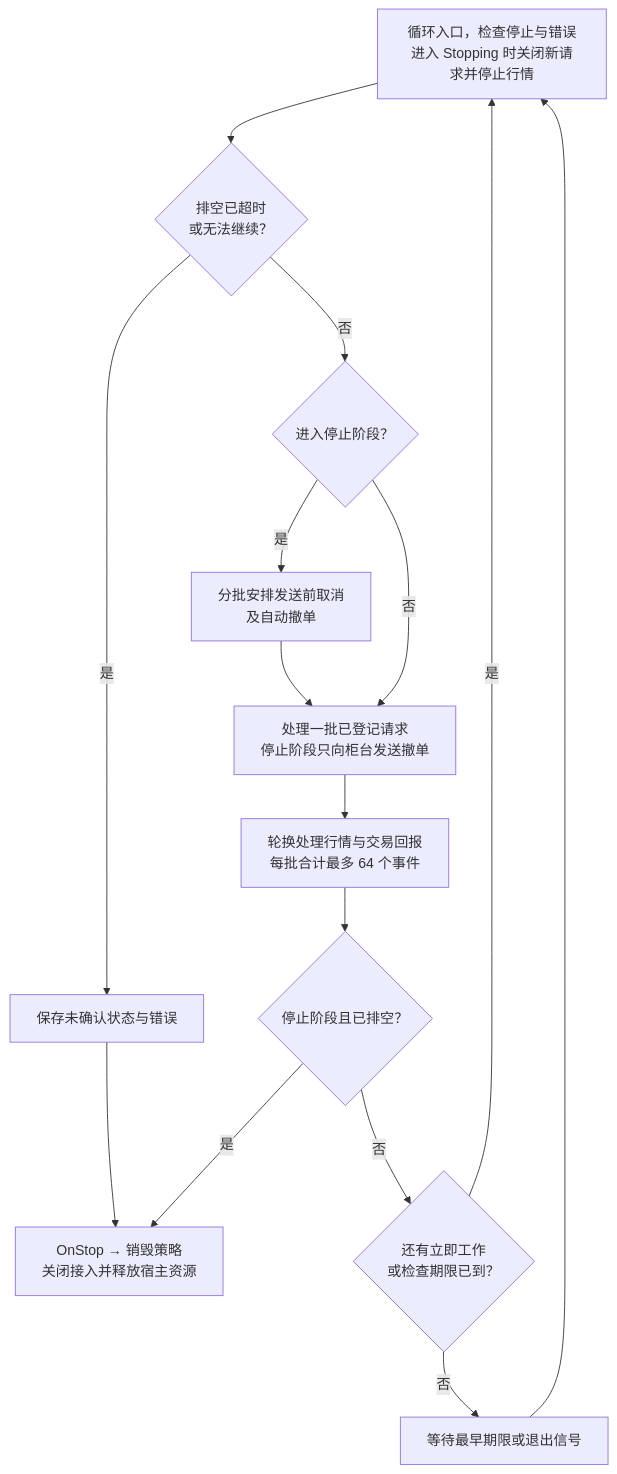
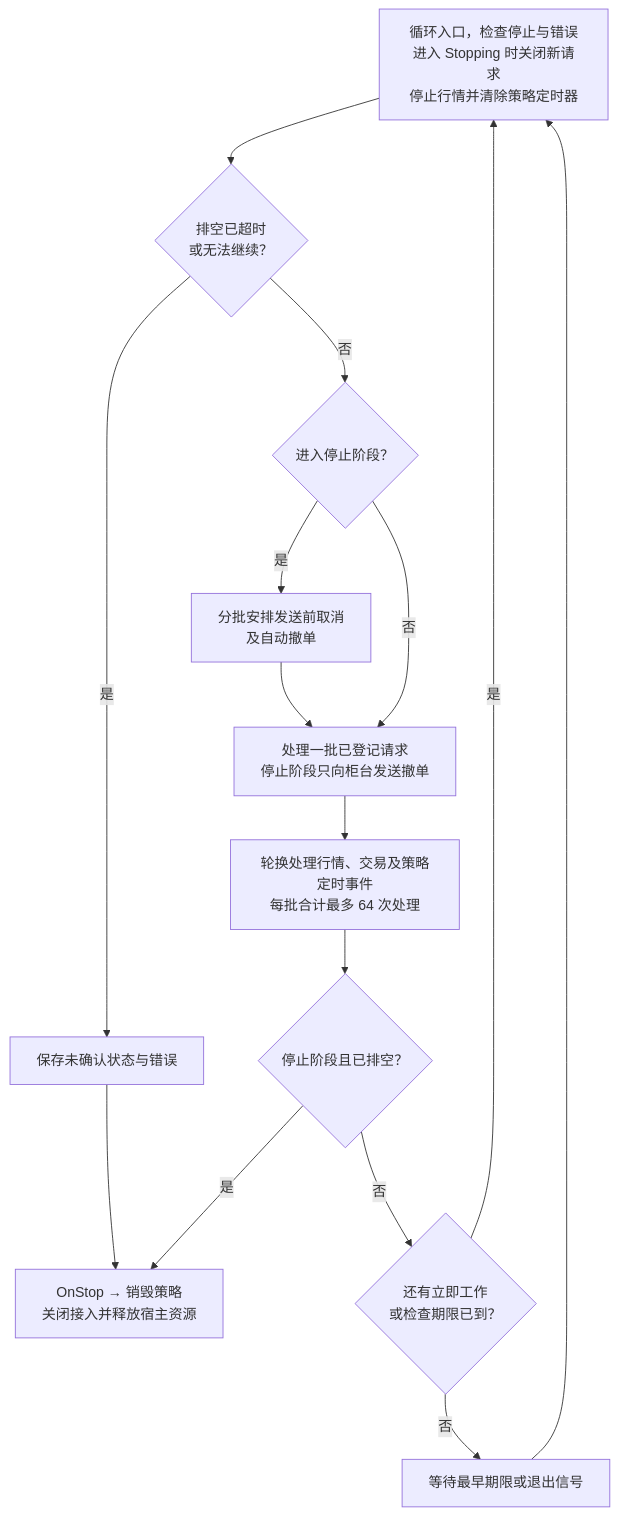
One commit to yizhenfei/yquant changed the second of 2 diagrams in docs/design/trading.md. Above: the diagram before and after it, drawn with Mermaid. The commit also changed other lines of this file and 77 other files, not shown here.

````diff
--- a/docs/design/trading.md
+++ b/docs/design/trading.md
@@ -318,29 +324,29 @@
 ```mermaid
 flowchart TD
-    CHECK["循环入口，检查停止与错误<br/>进入 Stopping 时关闭新请求并停止行情"]
+    CHECK["循环入口，检查停止与错误<br/>进入 Stopping 时关闭新请求<br/>停止行情并清除策略定时器"]
     ABORT{"排空已超时<br/>或无法继续？"}
     FAILURE["保存未确认状态与错误"]
     MODE{"进入停止阶段？"}
     DRAIN["分批安排发送前取消<br/>及自动撤单"]
     REQUESTS["处理一批已登记请求<br/>停止阶段只向柜台发送撤单"]
-    EVENTS["轮换处理行情与交易回报<br/>每批合计最多 64 个事件"]
+    EVENTS["轮换处理行情、交易及策略定时事件<br/>每批合计最多 64 次处理"]
     DONE{"停止阶段且已排空？"}
     READY{"还有立即工作<br/>或检查期限已到？"}
     WAIT["等待最早期限或退出信号"]
     FINAL["OnStop → 销毁策略<br/>关闭接入并释放宿主资源"]
 
     CHECK --> ABORT
     ABORT -->|是| FAILURE
     FAILURE --> FINAL
     ABORT -->|否| MODE
     MODE -->|是| DRAIN
     MODE -->|否| REQUESTS
     DRAIN --> REQUESTS
     REQUESTS --> EVENTS
     EVENTS --> DONE
     DONE -->|是| FINAL
     DONE -->|否| READY
     READY -->|是| CHECK
     READY -->|否| WAIT
     WAIT --> CHECK
 ```
````
